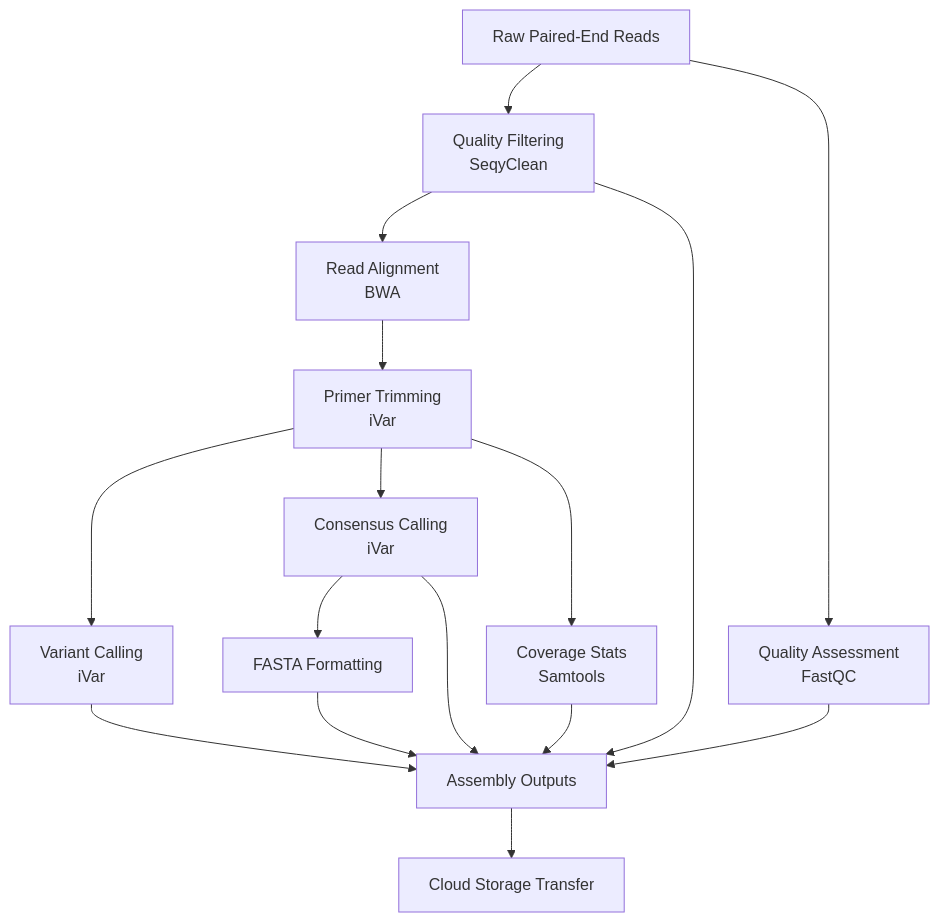
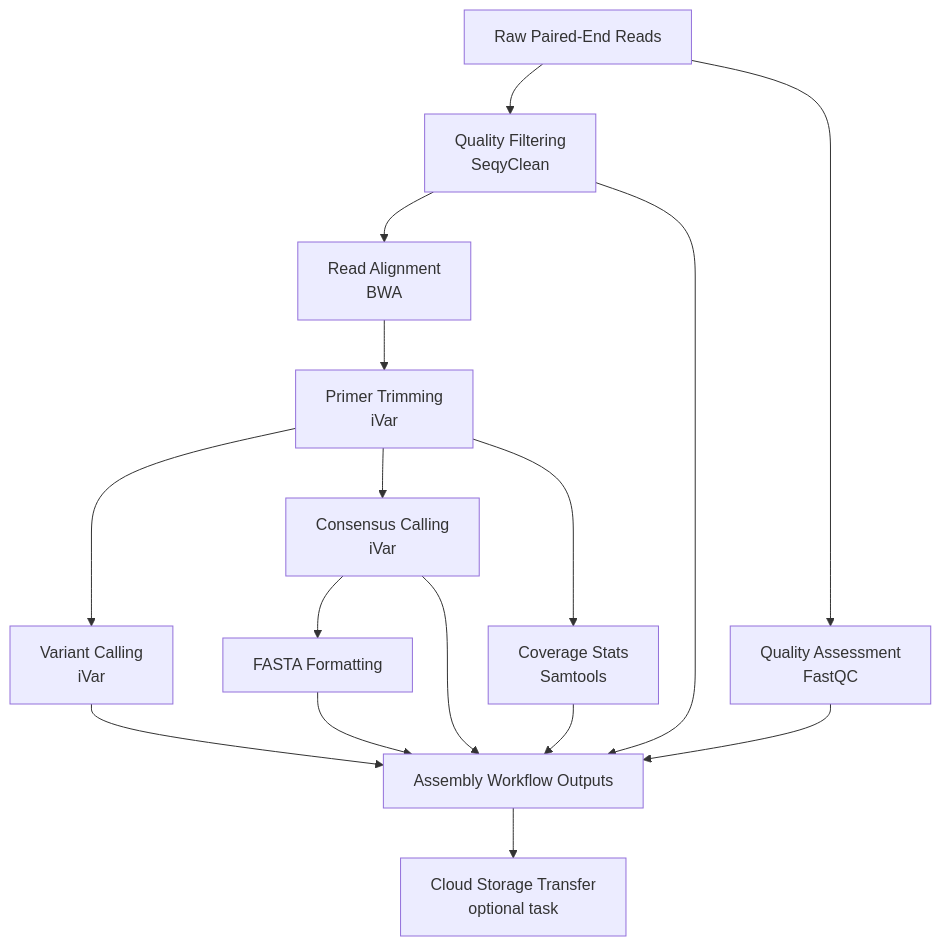
Before and after one commit to CDPHE-bioinformatics/CDPHE-Viral-Amplicon-WDL: the first of 3 diagrams in README.md, drawn with Mermaid. The commit also changed other lines of this file, not shown here.

````diff
--- a/README.md
+++ b/README.md
@@ -27,13 +27,13 @@
 ```mermaid
 graph TD
     A[Raw Paired-End Reads] --> B[Quality Filtering<br/>SeqyClean]
     A --> C[Quality Assessment<br/>FastQC]
     B --> D[Read Alignment<br/>BWA]
     D --> E[Primer Trimming<br/>iVar]
     E --> F[Variant Calling<br/>iVar]
     E --> G[Consensus Calling<br/>iVar]
     E --> H[Coverage Stats<br/>Samtools]
     G --> I[FASTA Formatting]
-    B & C & F & G & H & I --> J[Assembly Outputs]
-    J --> K[Cloud Storage Transfer]
+    B & C & F & G & H & I --> J[Assembly Workflow Outputs]
+    J --> K[Cloud Storage Transfer<br/>optional task]
 ```
````
